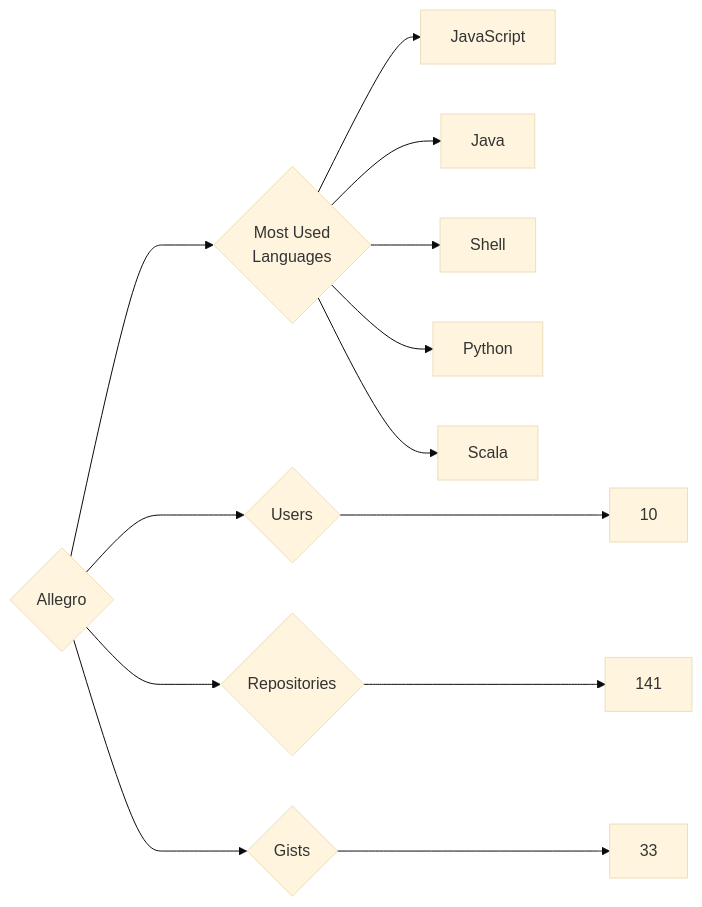
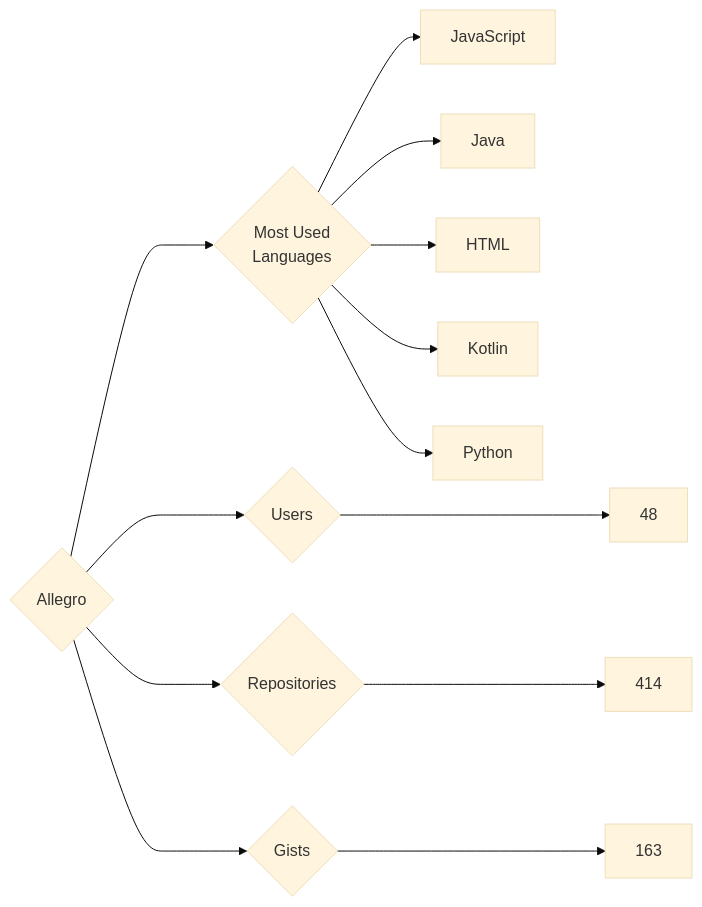
The diagram in targets/Allegro/README.md (trickest/insiders), drawn with Mermaid (base theme) before and after one commit. The commit also changed 749 other files, not shown here.

````diff
--- a/targets/Allegro/README.md
+++ b/targets/Allegro/README.md
@@ -3,13 +3,13 @@
 ```mermaid
 graph LR
 COMPANY_NAME{Allegro}
-COMPANY_NAME ---> U{Users} ---> UN[10]
-COMPANY_NAME ---> R{Repositories} ---> RN[141]
-COMPANY_NAME ---> G{Gists} ---> GN[33]
+COMPANY_NAME ---> U{Users} ---> UN[48]
+COMPANY_NAME ---> R{Repositories} ---> RN[414]
+COMPANY_NAME ---> G{Gists} ---> GN[163]
 COMPANY_NAME ---> ML{Most Used<br>Languages}
 ML --> JavaScript[JavaScript]
 ML --> Java[Java]
-ML --> Shell[Shell]
+ML --> HTML[HTML]
+ML --> Kotlin[Kotlin]
 ML --> Python[Python]
-ML --> Scala[Scala]
 ```
````
